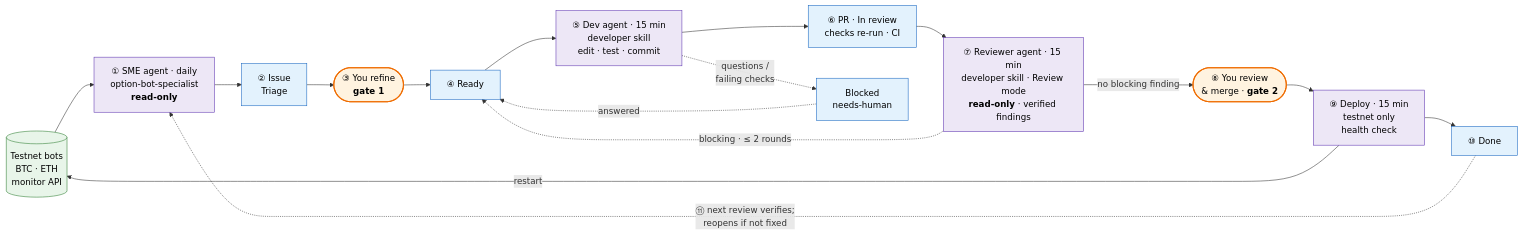
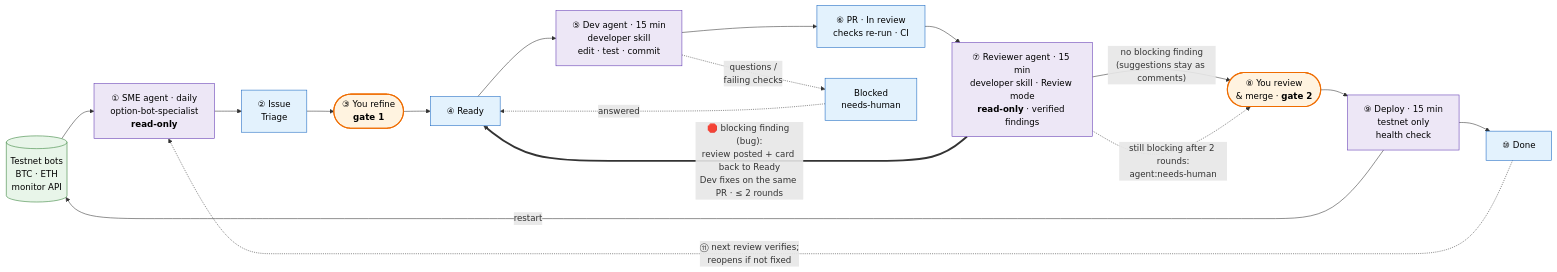
The diagram in docs/agentic_workflow.mmd (rchau73/optionsBot), drawn with Mermaid before and after one commit. The commit also changed 1 other file, not shown here.

Commit message:
Diagram: show the Reviewer sending a PR with a blocking finding back to Ready

```diff
--- a/docs/agentic_workflow.mmd
+++ b/docs/agentic_workflow.mmd
@@ -1,28 +1,29 @@
 flowchart LR
     BOTS[("Testnet bots<br/>BTC · ETH<br/>monitor API")]
     SME["① SME agent · daily<br/>option-bot-specialist<br/><b>read-only</b>"]
     TRI["② Issue<br/>Triage"]
     H1(["③ You refine<br/><b>gate 1</b>"])
     READY["④ Ready"]
     DEV["⑤ Dev agent · 15 min<br/>developer skill<br/>edit · test · commit"]
     PR["⑥ PR · In review<br/>checks re-run · CI"]
     REV["⑦ Reviewer agent · 15 min<br/>developer skill · Review mode<br/><b>read-only</b> · verified findings"]
     H2(["⑧ You review<br/>& merge · <b>gate 2</b>"])
     DEP["⑨ Deploy · 15 min<br/>testnet only<br/>health check"]
     DONE["⑩ Done"]
     BLK["Blocked<br/>needs-human"]
 
-    BOTS --> SME --> TRI --> H1 --> READY --> DEV --> PR --> REV -->|no blocking finding| H2 --> DEP --> DONE
-    REV -.->|"blocking · ≤ 2 rounds"| READY
+    BOTS --> SME --> TRI --> H1 --> READY --> DEV --> PR --> REV -->|"no blocking finding<br/>(suggestions stay as comments)"| H2 --> DEP --> DONE
+    REV ==>|"🛑 blocking finding (bug):<br/>review posted + card back to Ready<br/>Dev fixes on the same PR · ≤ 2 rounds"| READY
+    REV -.->|"still blocking after 2 rounds:<br/>agent:needs-human"| H2
     DEP -->|restart| BOTS
     DEV -.->|questions /<br/>failing checks| BLK -.->|answered| READY
     DONE -.->|"⑪ next review verifies;<br/>reopens if not fixed"| SME
 
     classDef agent fill:#ede7f6,stroke:#5e35b1,color:#000
     classDef human fill:#fff3e0,stroke:#ef6c00,color:#000,stroke-width:2px
     classDef gh fill:#e3f2fd,stroke:#1565c0,color:#000
     classDef run fill:#e8f5e9,stroke:#2e7d32,color:#000
     class SME,DEV,REV,DEP agent
     class H1,H2 human
     class TRI,READY,PR,DONE,BLK gh
     class BOTS run
```
